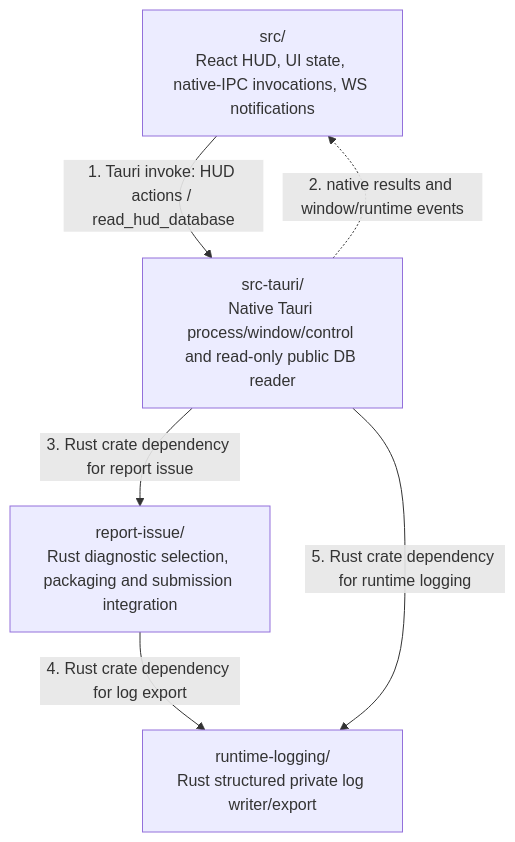
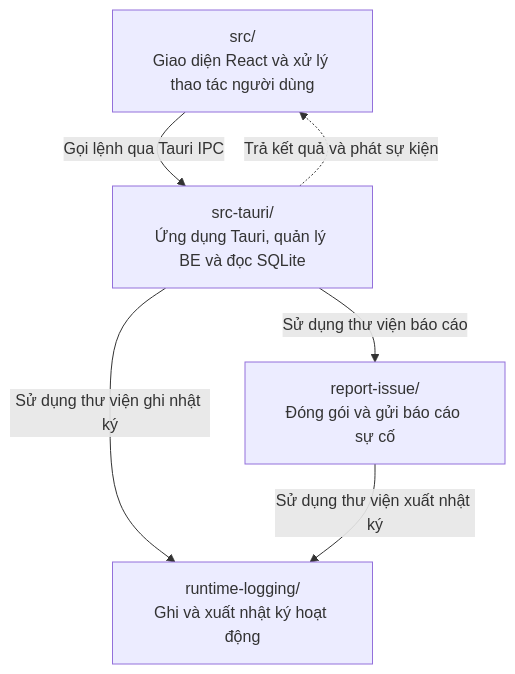
The diagram in utility/d4planner/d4planner-hud/architecture.md (Synclab-VN-dev/StreamOps), drawn with Mermaid before and after one commit. The commit also changed other lines of this file, not shown here.

Commit message:
docs(d4planner): chỉ giữ sơ đồ Mermaid tiếng Việt

````diff
--- a/utility/d4planner/d4planner-hud/architecture.md
+++ b/utility/d4planner/d4planner-hud/architecture.md
@@ -7,13 +1,13 @@
 ```mermaid
 flowchart TD
-    UI["src/<br/>React HUD, UI state, native-IPC invocations, WS notifications"]
-    N["src-tauri/<br/>Native Tauri process/window/control and read-only public DB reader"]
-    I["report-issue/<br/>Rust diagnostic selection, packaging and submission integration"]
-    G["runtime-logging/<br/>Rust structured private log writer/export"]
+    UI["src/<br/>Giao diện React và xử lý thao tác người dùng"]
+    NATIVE["src-tauri/<br/>Ứng dụng Tauri, quản lý BE và đọc SQLite"]
+    REPORT["report-issue/<br/>Đóng gói và gửi báo cáo sự cố"]
+    LOG["runtime-logging/<br/>Ghi và xuất nhật ký hoạt động"]
 
-    UI -->|"1. Tauri invoke: HUD actions / read_hud_database"| N
-    N -.->|"2. native results and window/runtime events"| UI
-    N -->|"3. Rust crate dependency for report issue"| I
-    I -->|"4. Rust crate dependency for log export"| G
-    N -->|"5. Rust crate dependency for runtime logging"| G
+    UI -->|"Gọi lệnh qua Tauri IPC"| NATIVE
+    NATIVE -.->|"Trả kết quả và phát sự kiện"| UI
+    NATIVE -->|"Sử dụng thư viện báo cáo"| REPORT
+    NATIVE -->|"Sử dụng thư viện ghi nhật ký"| LOG
+    REPORT -->|"Sử dụng thư viện xuất nhật ký"| LOG
 ```
````
